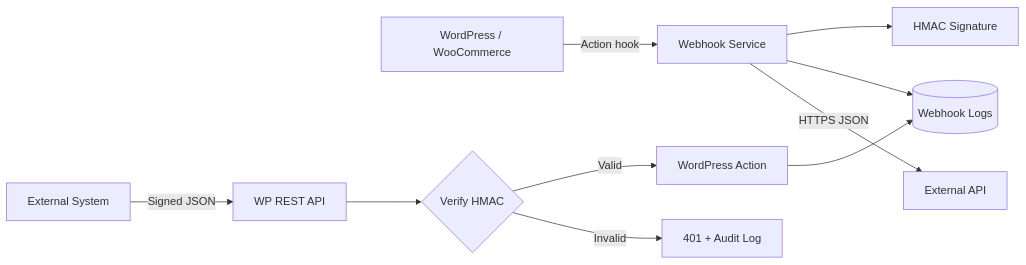
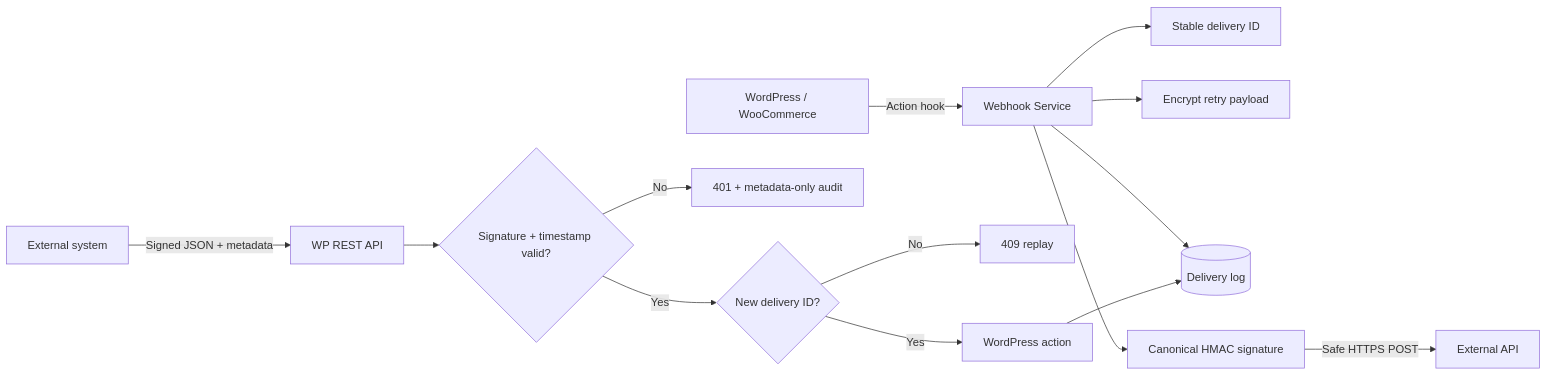
One commit to DagemawiDeveloper/wordpress-plugin-development-demo changed the diagram in README.md. Above: the diagram before and after it, drawn with Mermaid. The commit also changed other lines of this file and 24 other files, not shown here.

````diff
--- a/README.md
+++ b/README.md
@@ -35,13 +26,17 @@
 ```mermaid
 flowchart LR
     WP[WordPress / WooCommerce] -->|Action hook| WS[Webhook Service]
-    WS --> SIG[HMAC Signature]
-    WS --> LOG[(Webhook Logs)]
-    WS -->|HTTPS JSON| API[External API]
+    WS --> ID[Stable delivery ID]
+    WS --> ENC[Encrypt retry payload]
+    WS --> LOG[(Delivery log)]
+    WS --> SIGN[Canonical HMAC signature]
+    SIGN -->|Safe HTTPS POST| API[External API]
 
-    EXT[External System] -->|Signed JSON| REST[WP REST API]
-    REST --> VERIFY{Verify HMAC}
-    VERIFY -->|Valid| EVENT[WordPress Action]
-    VERIFY -->|Invalid| REJECT[401 + Audit Log]
+    EXT[External system] -->|Signed JSON + metadata| REST[WP REST API]
+    REST --> VERIFY{Signature + timestamp valid?}
+    VERIFY -->|No| REJECT[401 + metadata-only audit]
+    VERIFY -->|Yes| UNIQUE{New delivery ID?}
+    UNIQUE -->|No| REPLAY[409 replay]
+    UNIQUE -->|Yes| EVENT[WordPress action]
     EVENT --> LOG
 ```
````
